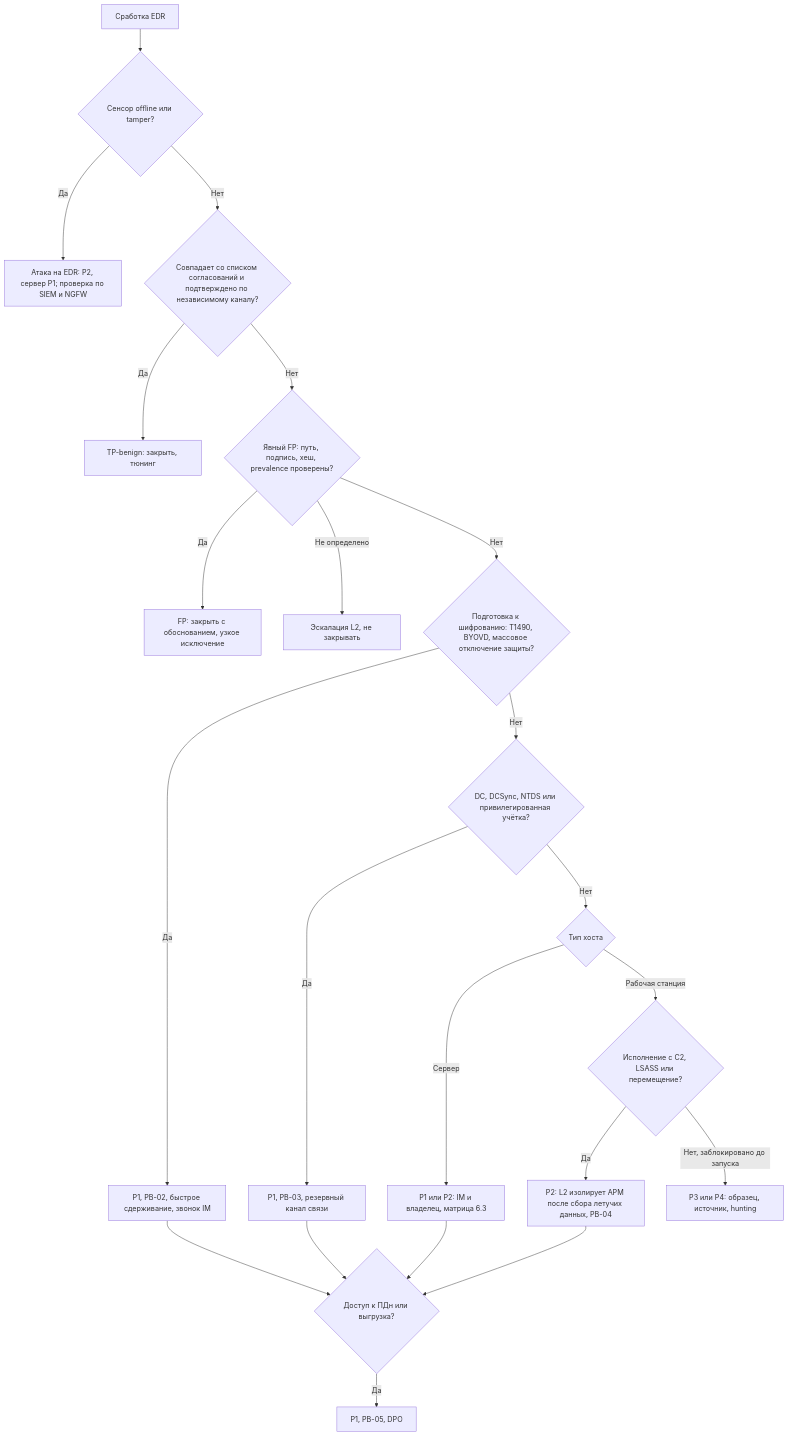
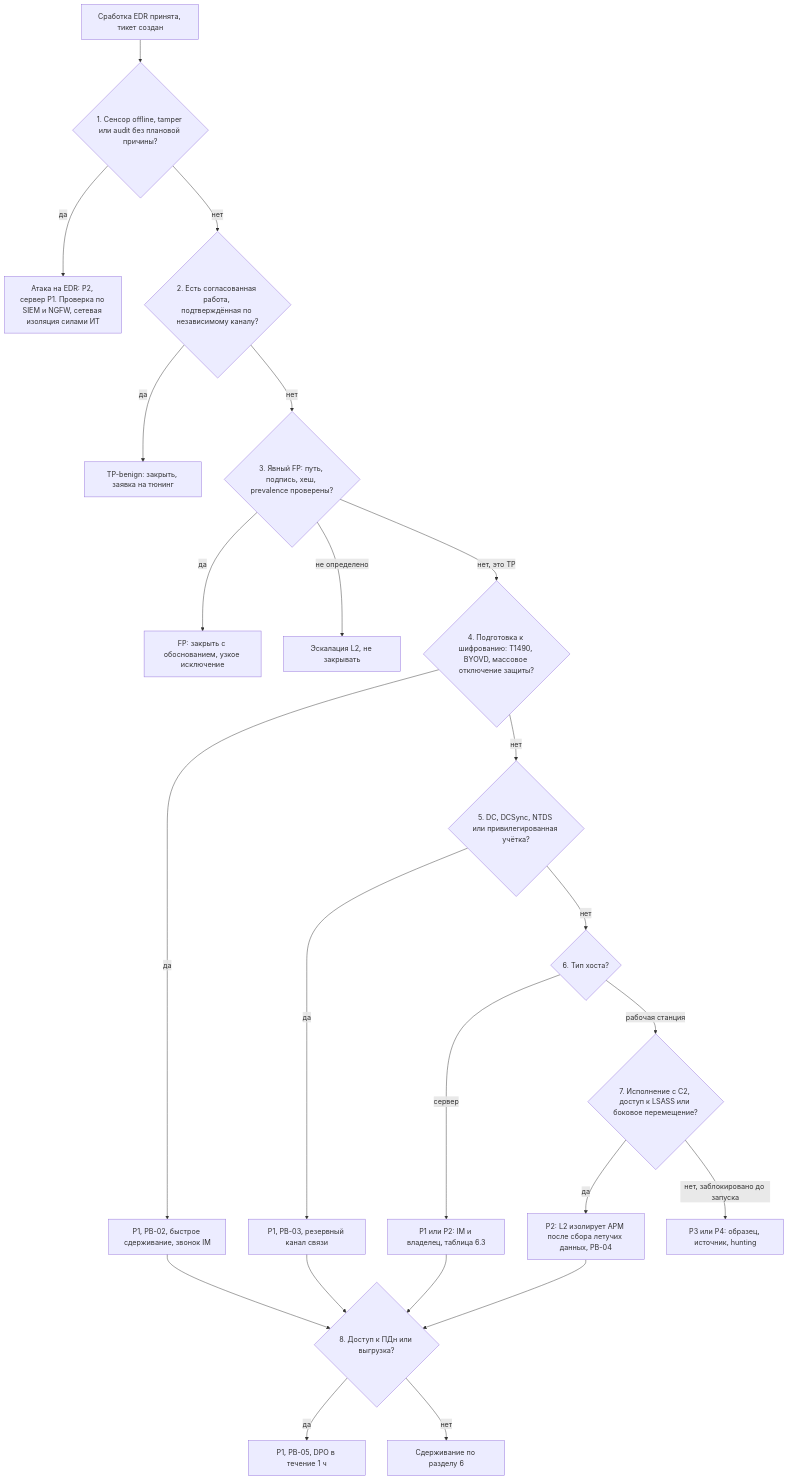
The diagram in playbooks/PB-S4-edr-alert.md (vehpbkrby/security-playbook), drawn with Mermaid before and after one commit. The commit also changed other lines of this file and 13 other files, not shown here.

````diff
--- a/playbooks/PB-S4-edr-alert.md
+++ b/playbooks/PB-S4-edr-alert.md
@@ -269,24 +143,25 @@
 ```mermaid
 flowchart TD
-    A[Сработка EDR] --> S{Сенсор offline или tamper?}
-    S -->|Да| SE[Атака на EDR: P2, сервер P1; проверка по SIEM и NGFW]
-    S -->|Нет| D{Совпадает со списком согласований и подтверждено по независимому каналу?}
-    D -->|Да| TB[TP-benign: закрыть, тюнинг]
-    D -->|Нет| F{Явный FP: путь, подпись, хеш, prevalence проверены?}
-    F -->|Да| FP[FP: закрыть с обоснованием, узкое исключение]
-    F -->|Не определено| L2[Эскалация L2, не закрывать]
-    F -->|Нет| R{Подготовка к шифрованию: T1490, BYOVD, массовое отключение защиты?}
-    R -->|Да| P1R[P1, PB-02, быстрое сдерживание, звонок IM]
-    R -->|Нет| AD{DC, DCSync, NTDS или привилегированная учётка?}
-    AD -->|Да| P1A[P1, PB-03, резервный канал связи]
-    AD -->|Нет| H{Тип хоста}
-    H -->|Сервер| SRV[P1 или P2: IM и владелец, матрица 6.3]
-    H -->|Рабочая станция| WS{Исполнение с C2, LSASS или перемещение?}
-    WS -->|Да| P2W[P2: L2 изолирует АРМ после сбора летучих данных, PB-04]
-    WS -->|Нет, заблокировано до запуска| P3W[P3 или P4: образец, источник, hunting]
-    P1R --> PD{Доступ к ПДн или выгрузка?}
-    P1A --> PD
-    SRV --> PD
-    P2W --> PD
-    PD -->|Да| P5[P1, PB-05, DPO]
+  A[Сработка EDR принята, тикет создан] --> N1{1. Сенсор offline, tamper или audit без плановой причины?}
+  N1 -- да --> SE[Атака на EDR: P2, сервер P1. Проверка по SIEM и NGFW, сетевая изоляция силами ИТ]
+  N1 -- нет --> N2{2. Есть согласованная работа, подтверждённая по независимому каналу?}
+  N2 -- да --> TB[TP-benign: закрыть, заявка на тюнинг]
+  N2 -- нет --> N3{3. Явный FP: путь, подпись, хеш, prevalence проверены?}
+  N3 -- да --> FP[FP: закрыть с обоснованием, узкое исключение]
+  N3 -- не определено --> L2[Эскалация L2, не закрывать]
+  N3 -- нет, это TP --> N4{4. Подготовка к шифрованию: T1490, BYOVD, массовое отключение защиты?}
+  N4 -- да --> P1R[P1, PB-02, быстрое сдерживание, звонок IM]
+  N4 -- нет --> N5{5. DC, DCSync, NTDS или привилегированная учётка?}
+  N5 -- да --> P1A[P1, PB-03, резервный канал связи]
+  N5 -- нет --> N6{6. Тип хоста?}
+  N6 -- сервер --> SRV[P1 или P2: IM и владелец, таблица 6.3]
+  N6 -- рабочая станция --> N7{7. Исполнение с C2, доступ к LSASS или боковое перемещение?}
+  N7 -- да --> P2W[P2: L2 изолирует АРМ после сбора летучих данных, PB-04]
+  N7 -- нет, заблокировано до запуска --> P3W[P3 или P4: образец, источник, hunting]
+  P1R --> N8{8. Доступ к ПДн или выгрузка?}
+  P1A --> N8
+  SRV --> N8
+  P2W --> N8
+  N8 -- да --> P5[P1, PB-05, DPO в течение 1 ч]
+  N8 -- нет --> GO[Сдерживание по разделу 6]
 ```
````
